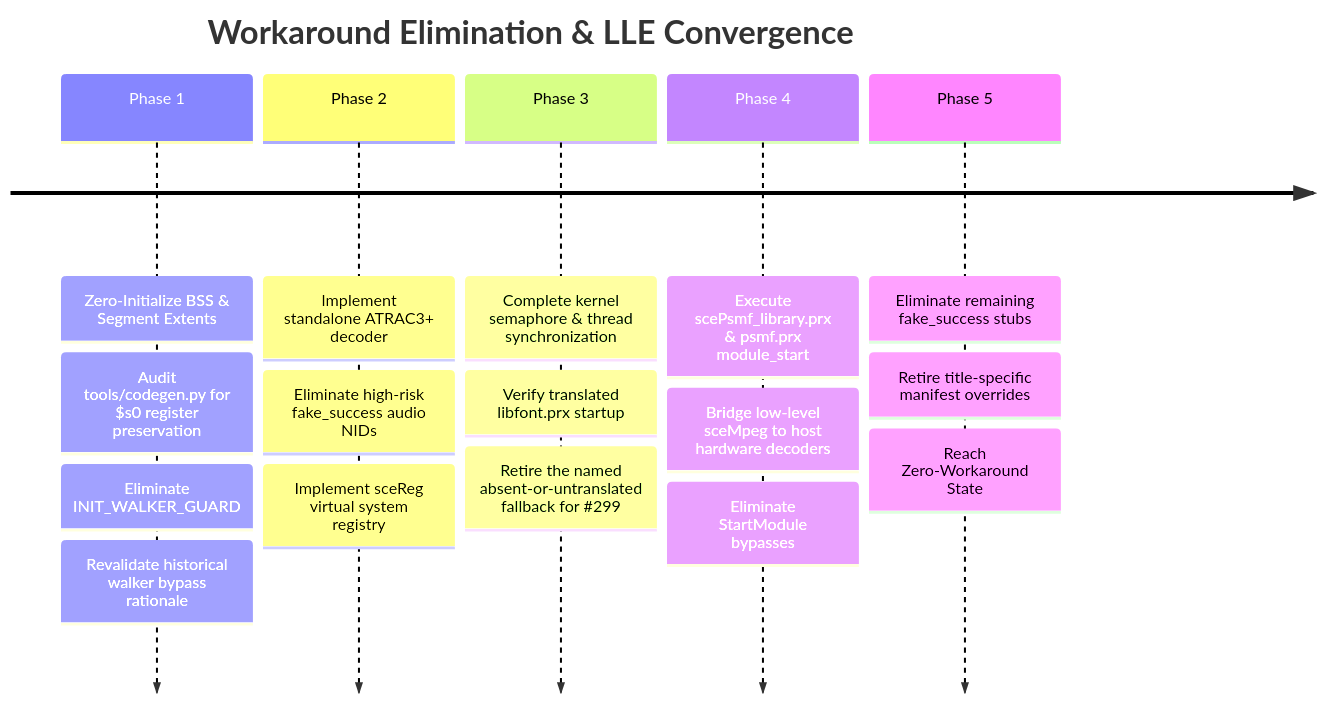
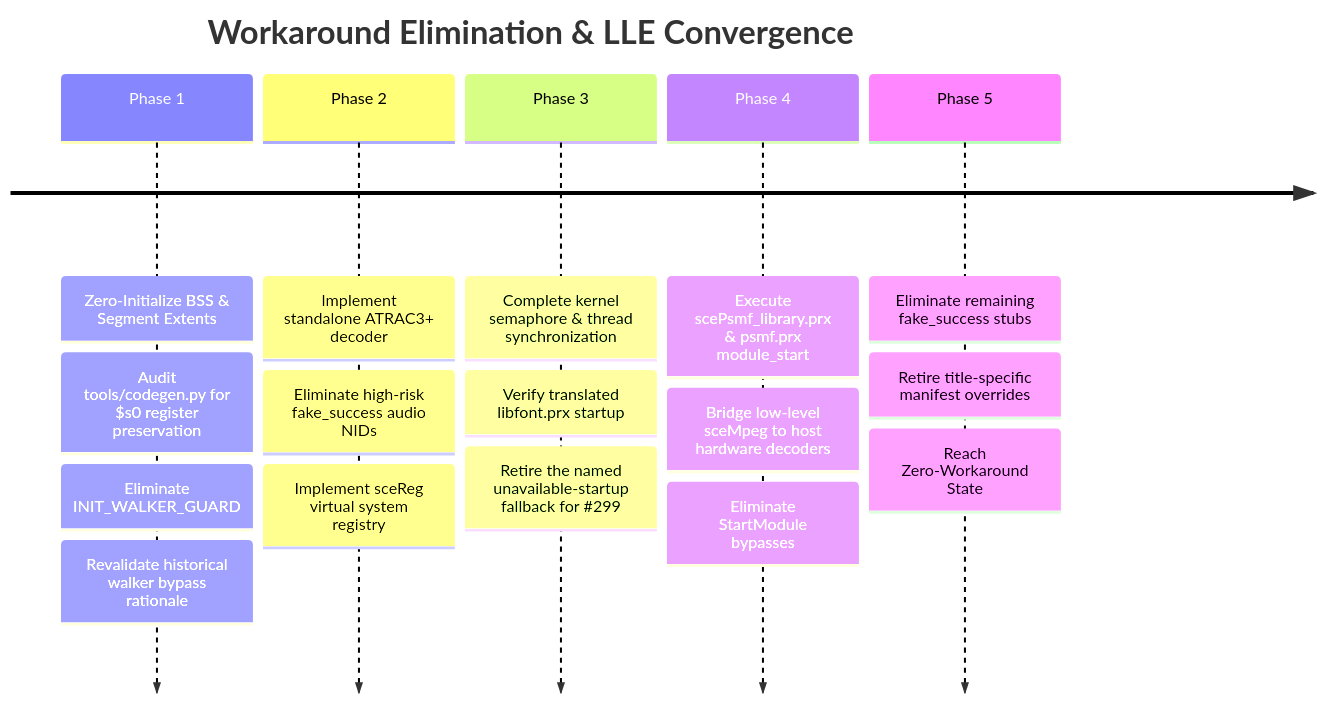
Before and after one commit to Jstar269/nakagawa-recomp: the diagram in docs/HLE_AND_WORKAROUND_INVENTORY.md, drawn with Mermaid. The commit also changed other lines of this file and 11 other files, not shown here.

Commit message:
rt: libfont startup honours SR_REAL_MODULE_START=0, refuses double start, names its boundary once (#299)

````diff
--- a/docs/HLE_AND_WORKAROUND_INVENTORY.md
+++ b/docs/HLE_AND_WORKAROUND_INVENTORY.md
@@ -322,9 +322,9 @@
 ```mermaid
 timeline
     title Workaround Elimination & LLE Convergence
     Phase 1 : Zero-Initialize BSS & Segment Extents : Audit tools/codegen.py for $s0 register preservation : Eliminate INIT_WALKER_GUARD : Revalidate historical walker bypass rationale
     Phase 2 : Implement standalone ATRAC3+ decoder : Eliminate high-risk fake_success audio NIDs : Implement sceReg virtual system registry
-    Phase 3 : Complete kernel semaphore & thread synchronization : Verify translated libfont.prx startup : Retire the named absent-or-untranslated fallback for #299
+    Phase 3 : Complete kernel semaphore & thread synchronization : Verify translated libfont.prx startup : Retire the named unavailable-startup fallback for #299
     Phase 4 : Execute scePsmf_library.prx & psmf.prx module_start : Bridge low-level sceMpeg to host hardware decoders : Eliminate StartModule bypasses
     Phase 5 : Eliminate remaining fake_success stubs : Retire title-specific manifest overrides : Reach Zero-Workaround State
 ```
````
